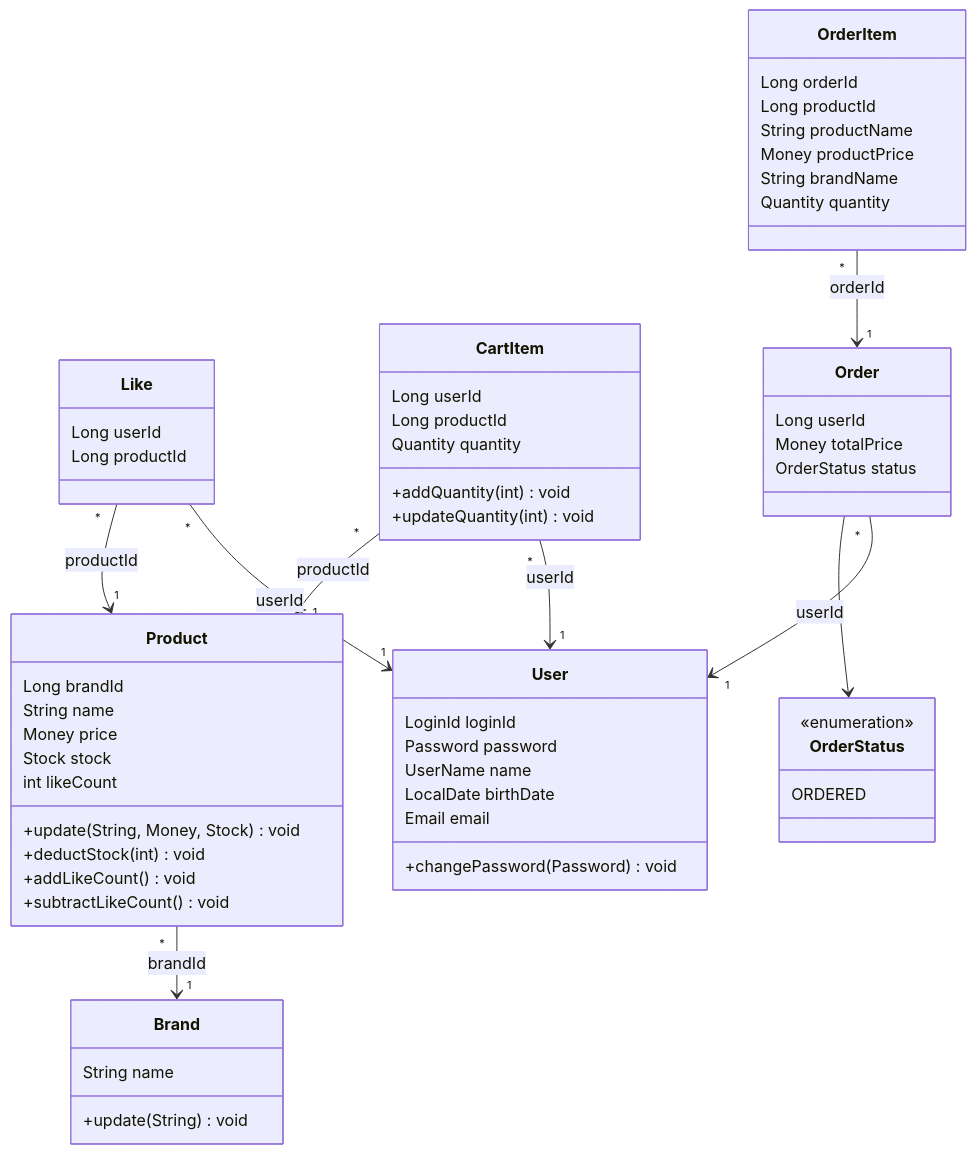
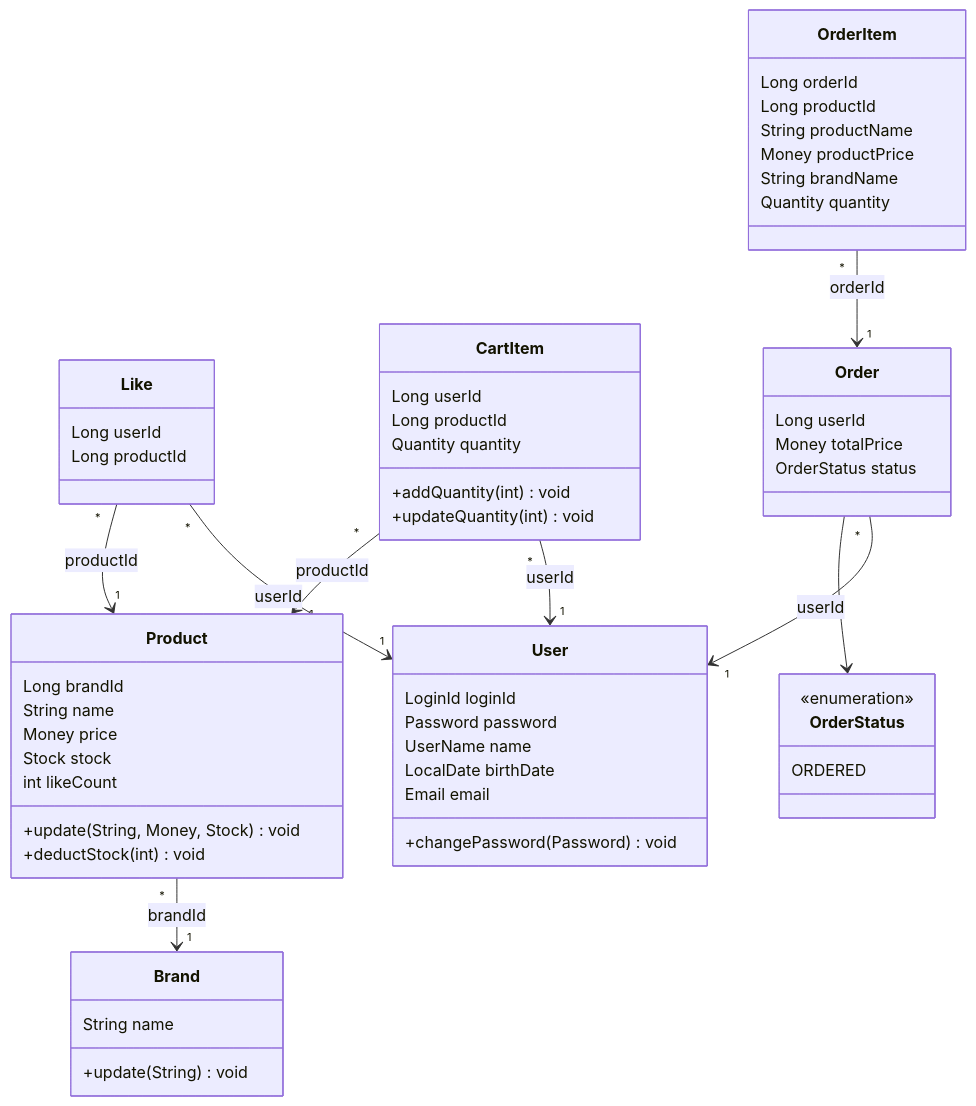
Before and after one commit to Loopers-dev-lab/loop-pack-be-l2-vol3-java: the diagram in .docs/03-class-diagram.md, drawn with Mermaid. The commit also changed other lines of this file and 79 other files, not shown here.

````diff
--- a/.docs/03-class-diagram.md
+++ b/.docs/03-class-diagram.md
@@ -9,70 +9,68 @@
 ```mermaid
 classDiagram
     class User {
         LoginId loginId
         Password password
         UserName name
         LocalDate birthDate
         Email email
         +changePassword(Password) void
     }
 
     class Brand {
         String name
         +update(String) void
     }
 
     class Product {
         Long brandId
         String name
         Money price
         Stock stock
         int likeCount
         +update(String, Money, Stock) void
         +deductStock(int) void
-        +addLikeCount() void
-        +subtractLikeCount() void
     }
 
     class Like {
         Long userId
         Long productId
     }
 
     class CartItem {
         Long userId
         Long productId
         Quantity quantity
         +addQuantity(int) void
         +updateQuantity(int) void
     }
 
     class Order {
         Long userId
         Money totalPrice
         OrderStatus status
     }
 
     class OrderItem {
         Long orderId
         Long productId
         String productName
         Money productPrice
         String brandName
         Quantity quantity
     }
 
     class OrderStatus {
         <<enumeration>>
         ORDERED
     }
 
     Product "*" --> "1" Brand : brandId
     Like "*" --> "1" User : userId
     Like "*" --> "1" Product : productId
     CartItem "*" --> "1" User : userId
     CartItem "*" --> "1" Product : productId
     Order "*" --> "1" User : userId
     OrderItem "*" --> "1" Order : orderId
     Order --> OrderStatus
 ```
````
